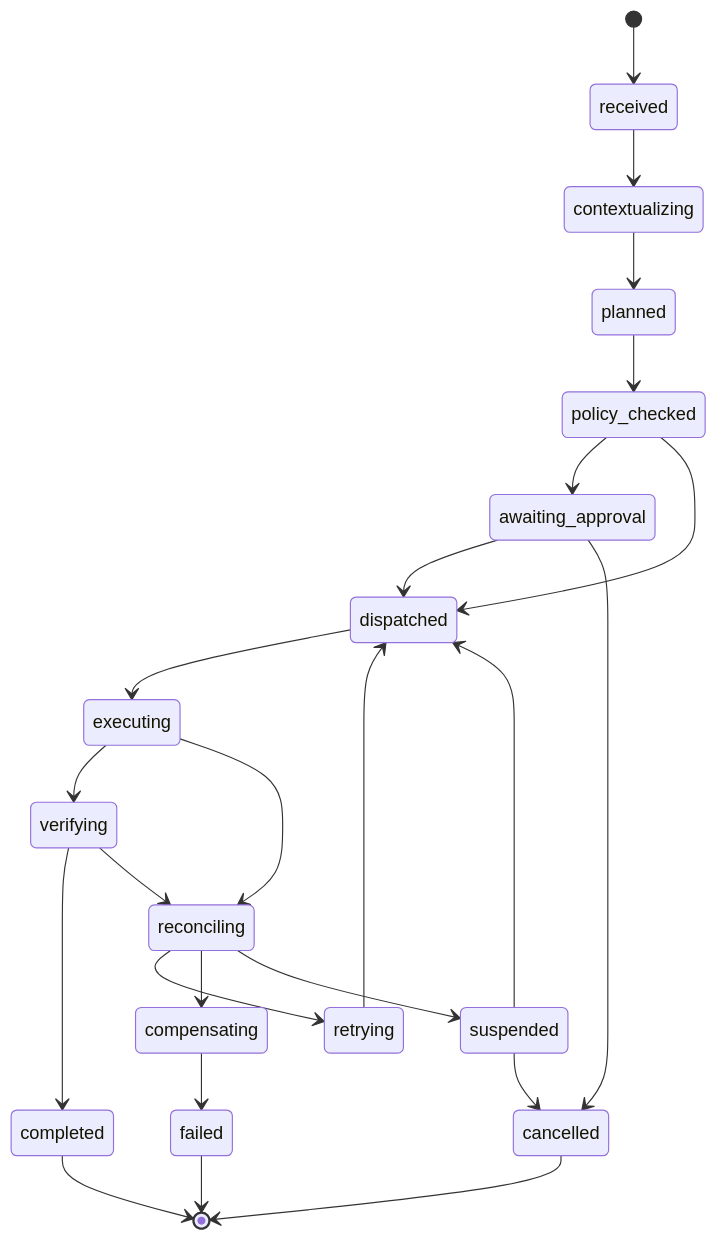
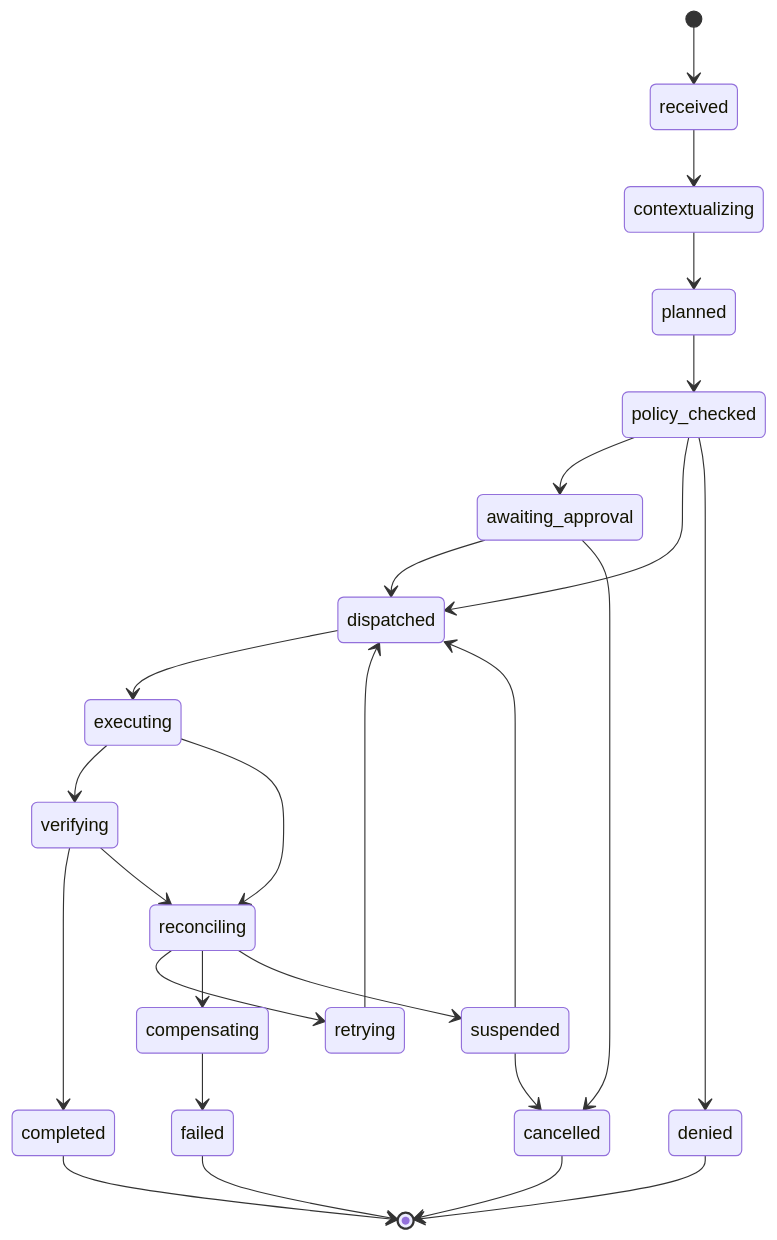
The second of 2 diagrams in docs/PROJECT_BLUEPRINT.md (fine405/ergopilot), drawn with Mermaid before and after one commit. The commit also changed other lines of this file and 24 other files, not shown here.

````diff
--- a/docs/PROJECT_BLUEPRINT.md
+++ b/docs/PROJECT_BLUEPRINT.md
@@ -313,26 +332,28 @@
 ```mermaid
 stateDiagram-v2
     [*] --> received
     received --> contextualizing
     contextualizing --> planned
     planned --> policy_checked
     policy_checked --> awaiting_approval
     policy_checked --> dispatched
+    policy_checked --> denied
     awaiting_approval --> dispatched
     awaiting_approval --> cancelled
     dispatched --> executing
     executing --> verifying
     verifying --> completed
     executing --> reconciling
     verifying --> reconciling
     reconciling --> retrying
     reconciling --> compensating
     reconciling --> suspended
     retrying --> dispatched
     compensating --> failed
     suspended --> dispatched
     suspended --> cancelled
+    denied --> [*]
     completed --> [*]
     failed --> [*]
     cancelled --> [*]
 ```
````
